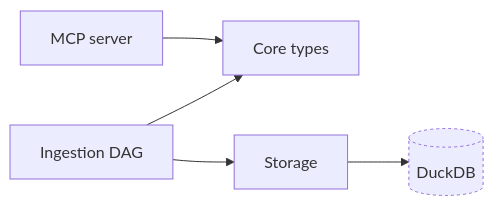
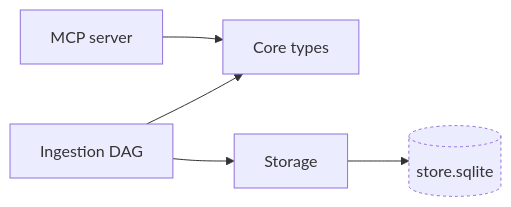
One commit to theagenticguy/opencodehub changed the first of 7 diagrams in .claude/skills/codehub-document/references/mermaid-patterns.md. Above: the diagram before and after it, drawn with Mermaid. The commit also changed other lines of this file and 202 other files, not shown here.

````diff
--- a/.claude/skills/codehub-document/references/mermaid-patterns.md
+++ b/.claude/skills/codehub-document/references/mermaid-patterns.md
@@ -11,13 +11,13 @@
 ```mermaid
 flowchart LR
   mcp[MCP server]
   core[Core types]
   ingestion[Ingestion DAG]
   storage[Storage]
-  duckdb[(DuckDB)]:::external
+  sqlite[(store.sqlite)]:::external
   mcp --> core
   ingestion --> core
   ingestion --> storage
-  storage --> duckdb
+  storage --> sqlite
   classDef external stroke-dasharray: 3 3
 ```
````
